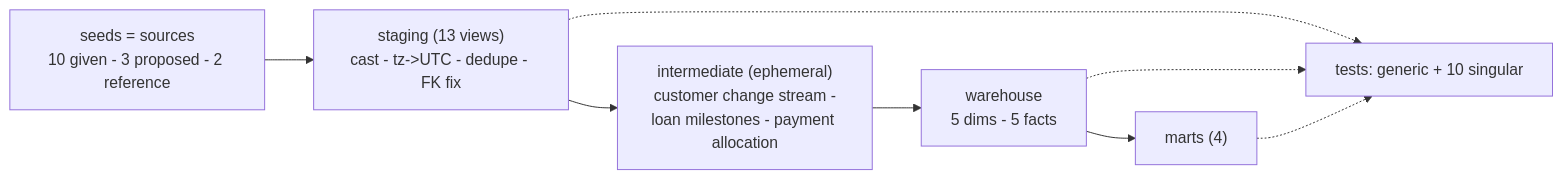
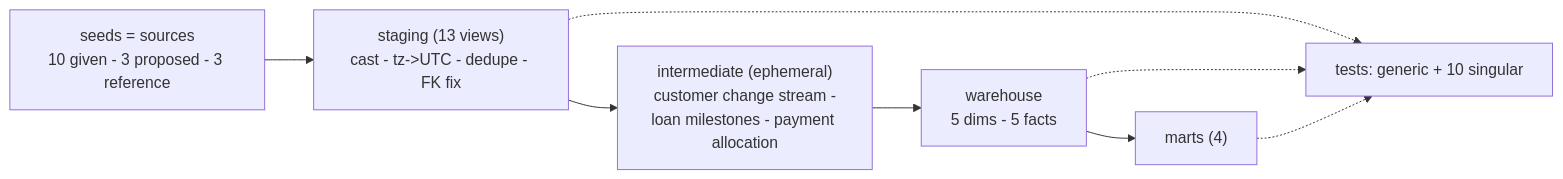
One commit to dailyimah/lending-dwh-dbt changed the third of 3 diagrams in docs/design_details.md. Above: the diagram before and after it, drawn with Mermaid. The commit also changed other lines of this file and 2 other files, not shown here.

Commit message:
Fix stale segment list and reference-seed count; state mart layering honestly

````diff
--- a/docs/design_details.md
+++ b/docs/design_details.md
@@ -284,8 +284,8 @@
 ```mermaid
 flowchart LR
-    RAW["seeds = sources<br/>10 given - 3 proposed - 2 reference"] --> STG["staging (13 views)<br/>cast - tz->UTC - dedupe - FK fix"]
+    RAW["seeds = sources<br/>10 given - 3 proposed - 3 reference"] --> STG["staging (13 views)<br/>cast - tz->UTC - dedupe - FK fix"]
     STG --> INT["intermediate (ephemeral)<br/>customer change stream -<br/>loan milestones - payment allocation"]
     INT --> WH["warehouse<br/>5 dims - 5 facts"]
     WH --> MT["marts (4)"]
     STG & WH & MT -.-> T["tests: generic + 10 singular"]
 ```
````
